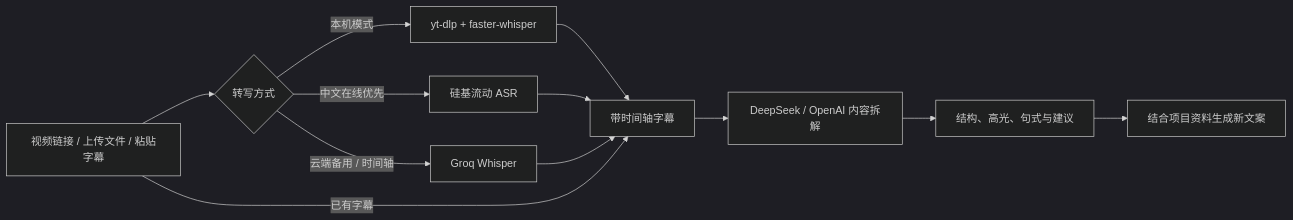
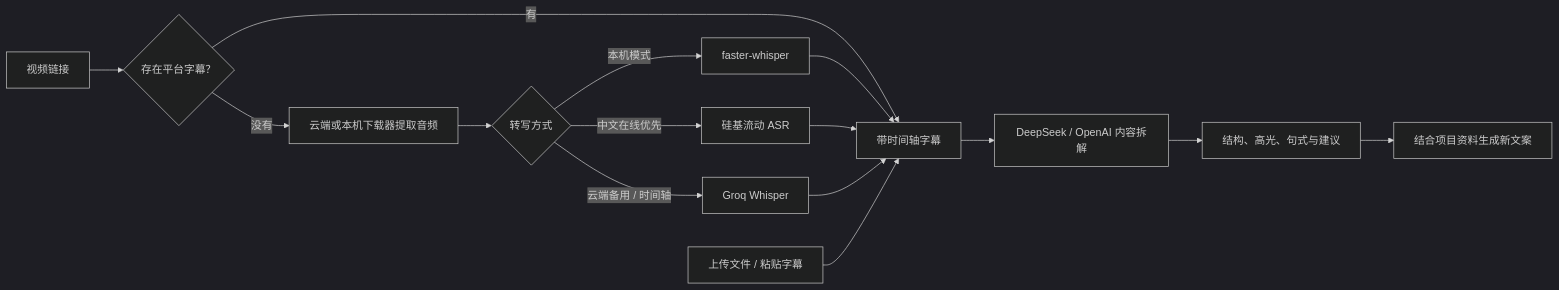
Before and after one commit to jackshaw0317-debug/chaipian-ai: the diagram in README.md, drawn with Mermaid (dark theme). The commit also changed other lines of this file and 8 other files, not shown here.

````diff
--- a/README.md
+++ b/README.md
@@ -39,14 +40,17 @@
 ```mermaid
 flowchart LR
-    A["视频链接 / 上传文件 / 粘贴字幕"] --> B{"转写方式"}
-    B -->|"本机模式"| C["yt-dlp + faster-whisper"]
-    B -->|"中文在线优先"| D["硅基流动 ASR"]
-    B -->|"云端备用 / 时间轴"| I["Groq Whisper"]
-    C --> E["带时间轴字幕"]
-    D --> E
-    I --> E
-    A -->|"已有字幕"| E
-    E --> F["DeepSeek / OpenAI 内容拆解"]
+    A["视频链接"] --> B{"存在平台字幕？"}
+    B -->|"有"| M["带时间轴字幕"]
+    B -->|"没有"| C["云端或本机下载器提取音频"]
+    C --> D{"转写方式"}
+    D -->|"本机模式"| J["faster-whisper"]
+    D -->|"中文在线优先"| K["硅基流动 ASR"]
+    D -->|"云端备用 / 时间轴"| I["Groq Whisper"]
+    J --> M
+    K --> M
+    I --> M
+    L["上传文件 / 粘贴字幕"] --> M
+    M --> F["DeepSeek / OpenAI 内容拆解"]
     F --> G["结构、高光、句式与建议"]
     G --> H["结合项目资料生成新文案"]
 ```
````
